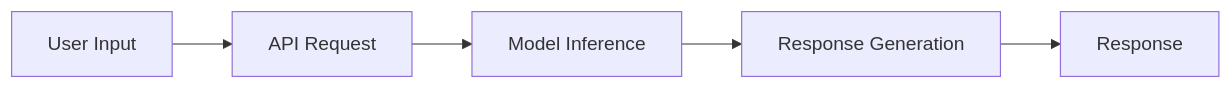
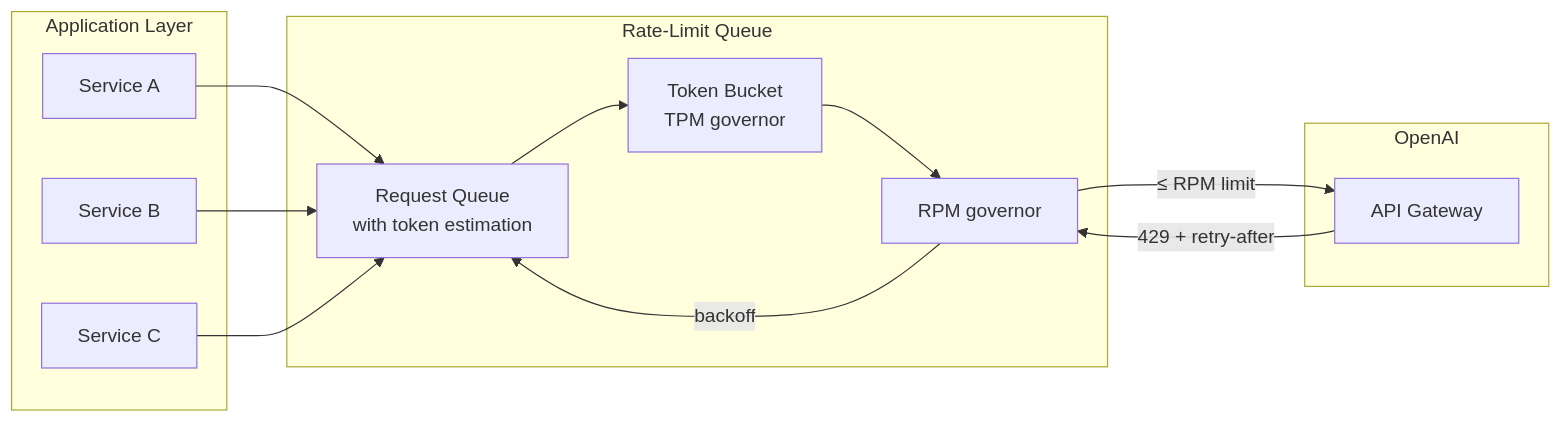
The fourth of 6 diagrams in topics/computing/ai/chatgpt_and_openai_apis/lesson_04_advanced_ai_integration.md (blebleblee/synapse), drawn with Mermaid before and after one commit. The commit also changed other lines of this file and 6 other files, not shown here.

````diff
--- a/topics/computing/ai/chatgpt_and_openai_apis/lesson_04_advanced_ai_integration.md
+++ b/topics/computing/ai/chatgpt_and_openai_apis/lesson_04_advanced_ai_integration.md
@@ -29,7 +470,25 @@
 ```mermaid
-graph LR
-    A[User Input] --> B[API Request]
-    B --> C[Model Inference]
-    C --> D[Response Generation]
-    D --> E[Response]
+flowchart LR
+    subgraph Application Layer
+        A[Service A]
+        B[Service B]
+        C[Service C]
+    end
+    subgraph Rate-Limit Queue
+        D[Request Queue\nwith token estimation]
+        E[Token Bucket\nTPM governor]
+        F[RPM governor]
+    end
+    subgraph OpenAI
+        G[API Gateway]
+    end
+
+    A --> D
+    B --> D
+    C --> D
+    D --> E
+    E --> F
+    F -->|"≤ RPM limit"| G
+    G -->|"429 + retry-after"| F
+    F -->|"backoff"| D
 ```
````
